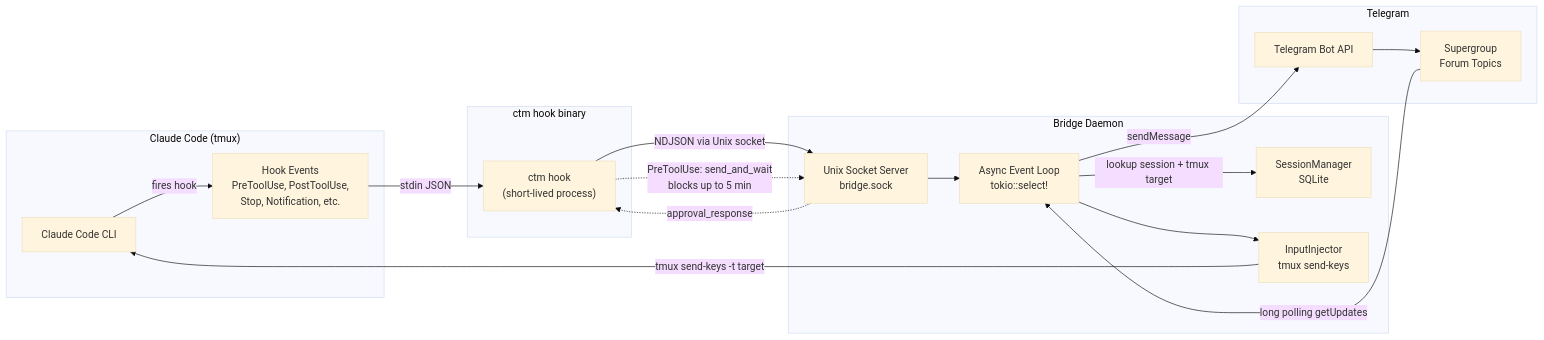
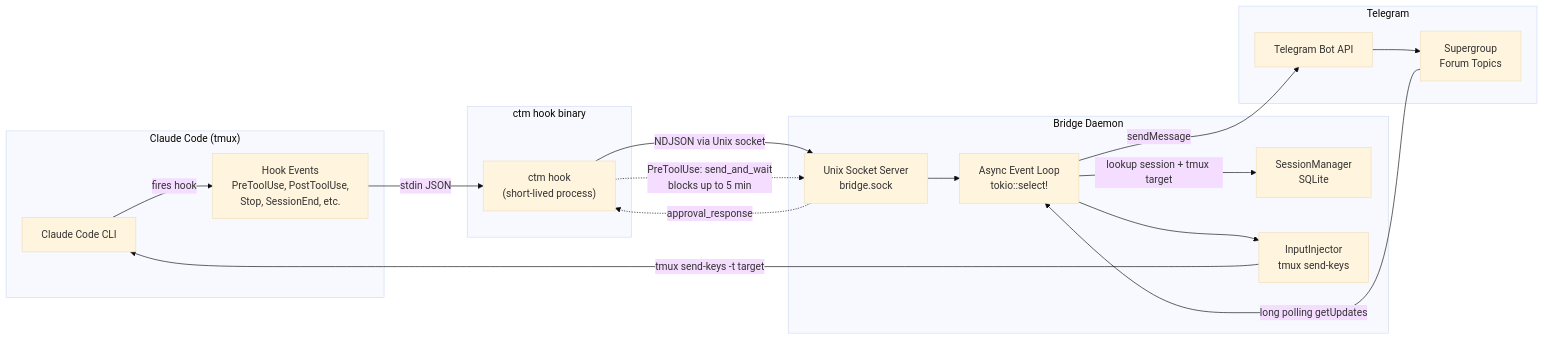
Before and after one commit to robertelee78/claude-telegram-mirror: the diagram in docs/ARCHITECTURE.md, drawn with Mermaid (base theme). The commit also changed other lines of this file, not shown here.

First line of the commit message:
docs: Rewrite ARCHITECTURE.md — fix 7 errors, add ADR-011/012/013 features

````diff
--- a/docs/ARCHITECTURE.md
+++ b/docs/ARCHITECTURE.md
@@ -7,38 +7,38 @@
 ```mermaid
 flowchart LR
     subgraph CLI["Claude Code (tmux)"]
         CC[Claude Code CLI]
-        Hooks[Hook Events<br/>PreToolUse, PostToolUse,<br/>Stop, Notification, etc.]
+        Hooks[Hook Events<br/>PreToolUse, PostToolUse,<br/>Stop, SessionEnd, etc.]
     end
 
     subgraph Hook["ctm hook binary"]
         HookProc["ctm hook<br/>(short-lived process)"]
     end
 
     subgraph Daemon["Bridge Daemon"]
         Socket["Unix Socket Server<br/>bridge.sock"]
         EventLoop["Async Event Loop<br/>tokio::select!"]
         Sessions["SessionManager<br/>SQLite"]
         Injector["InputInjector<br/>tmux send-keys"]
     end
 
     subgraph TG["Telegram"]
         BotAPI["Telegram Bot API"]
         Forum["Supergroup<br/>Forum Topics"]
     end
 
     CC -->|fires hook| Hooks
     Hooks -->|stdin JSON| HookProc
     HookProc -->|NDJSON via Unix socket| Socket
     Socket --> EventLoop
     EventLoop -->|sendMessage| BotAPI
     BotAPI --> Forum
 
     Forum -->|long polling getUpdates| EventLoop
     EventLoop -->|lookup session + tmux target| Sessions
     EventLoop --> Injector
     Injector -->|"tmux send-keys -t target"| CC
 
     HookProc -.->|"PreToolUse: send_and_wait<br/>blocks up to 5 min"| Socket
     Socket -.->|"approval_response"| HookProc
 ```
````
